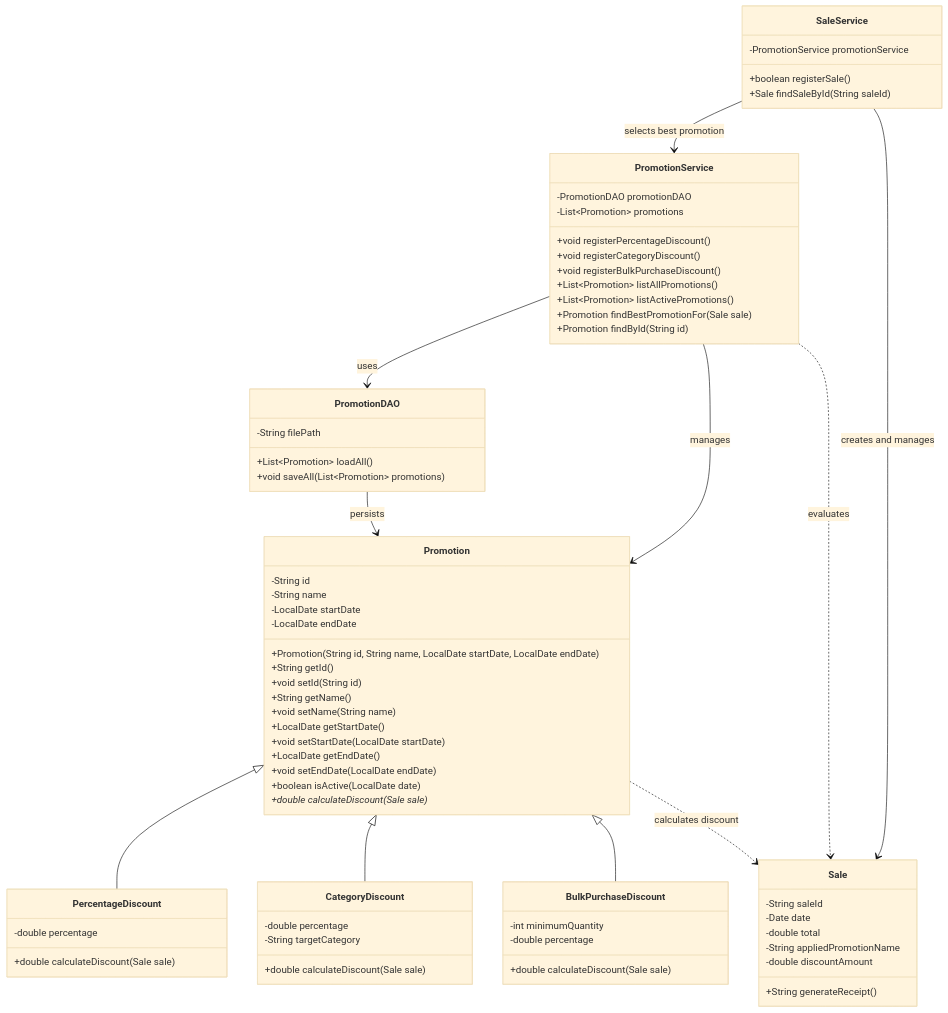
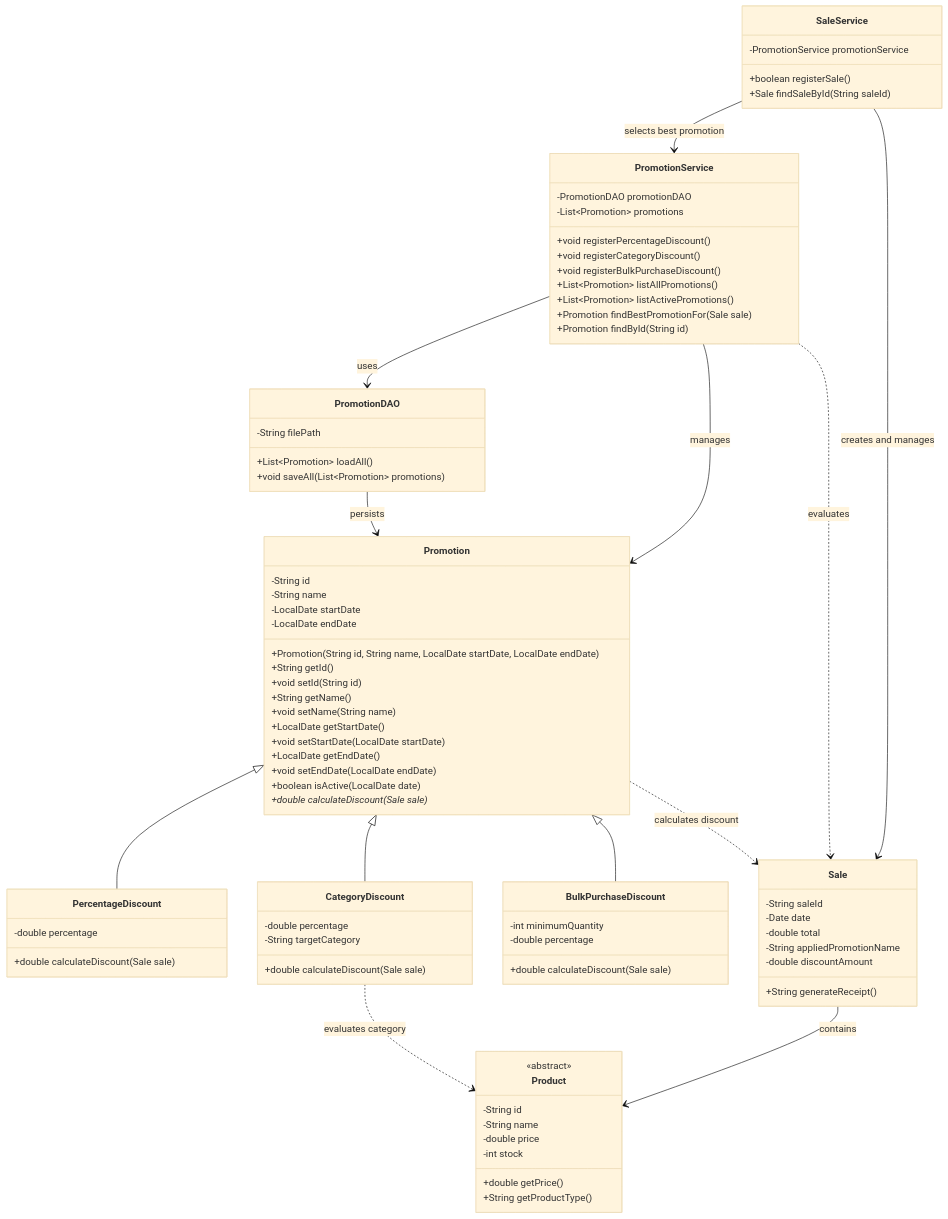
Before and after one commit to jdevilleros-glitch/GameZone: the diagram in docs/promotion-class-diagram.md, drawn with Mermaid (base theme). The commit also changed other lines of this file and 2 other files, not shown here.

Commit message:
docs: update promotion module documentation

```diff
--- a/docs/promotion-class-diagram.md
+++ b/docs/promotion-class-diagram.md
@@ -49,6 +49,16 @@
         +String generateReceipt()
     }
 
+    class Product {
+        <<abstract>>
+        -String id
+        -String name
+        -double price
+        -int stock
+        +double getPrice()
+        +String getProductType()
+    }
+
     class PromotionDAO {
         -String filePath
         +List~Promotion~ loadAll()
@@ -78,6 +88,8 @@
     Promotion <|-- BulkPurchaseDiscount
 
     Promotion ..> Sale : calculates discount
+    Sale --> Product : contains
+    CategoryDiscount ..> Product : evaluates category
 
     PromotionDAO --> Promotion : persists
     PromotionService --> PromotionDAO : uses
```
